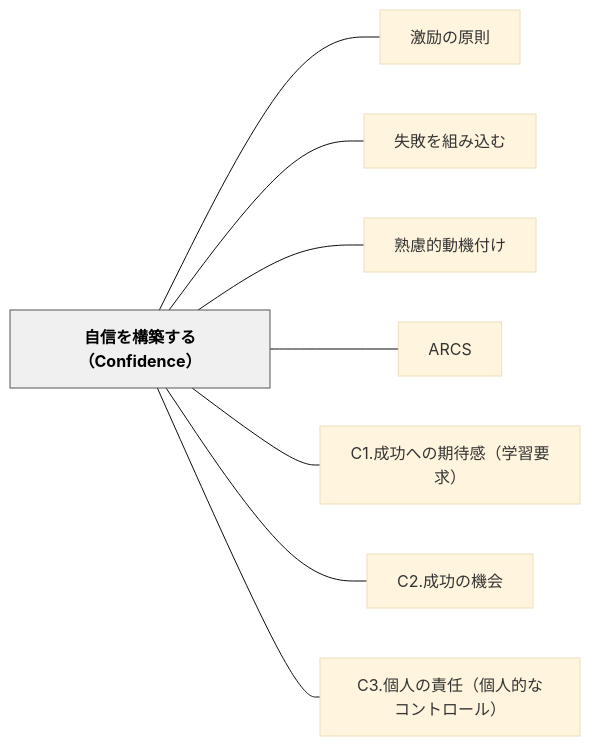
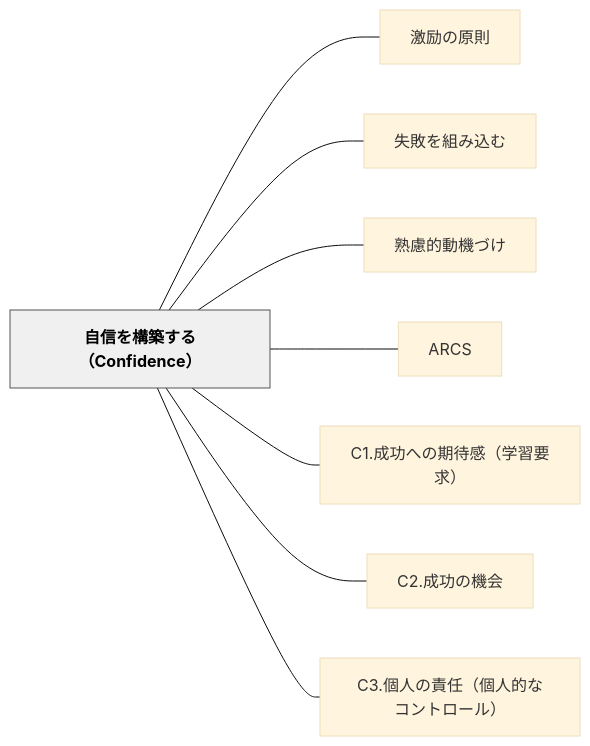
Before and after one commit to unknownthings-ed-patterns/unknownthings-ed-patterns: the diagram in content/パタン/自信を構築する（Confidence）.md, drawn with Mermaid (base theme). The commit also changed other lines of this file and 234 other files, not shown here.

````diff
--- a/content/パタン/自信を構築する（Confidence）.md
+++ b/content/パタン/自信を構築する（Confidence）.md
@@ -37,22 +37,22 @@
 ```mermaid
 flowchart LR
     ne887aae4bfa1e38292e6a78be7af89e38199e3828befbc88436f6e666964656e6365efbc89["自信を構築する（Confidence）"]
     ne6bf80e58ab1e381aee58e9fe58987["激励の原則"]
     ne5a4b1e69597e38292e7b584e381bfe8bebce38280["失敗を組み込む"]
-    ne7869fe685aee79a84e58b95e6a99fe4bb98e38191["熟慮的動機付け"]
+    ne7869fe685aee79a84e58b95e6a99fe381a5e38191["熟慮的動機づけ"]
     n41524353["ARCS"]
     n43312ee68890e58a9fe381b8e381aee69c9fe5be85e6849fefbc88e5ada6e7bf92e8a681e6b182efbc89["C1.成功への期待感（学習要求）"]
     n43322ee68890e58a9fe381aee6a99fe4bc9a["C2.成功の機会"]
     n43332ee5808be4babae381aee8b2ace4bbbbefbc88e5808be4babae79a84e381aae382b3e383b3e38388e383ade383bce383abefbc89["C3.個人の責任（個人的なコントロール）"]
 
     ne887aae4bfa1e38292e6a78be7af89e38199e3828befbc88436f6e666964656e6365efbc89 --- ne6bf80e58ab1e381aee58e9fe58987
     ne887aae4bfa1e38292e6a78be7af89e38199e3828befbc88436f6e666964656e6365efbc89 --- ne5a4b1e69597e38292e7b584e381bfe8bebce38280
-    ne887aae4bfa1e38292e6a78be7af89e38199e3828befbc88436f6e666964656e6365efbc89 --- ne7869fe685aee79a84e58b95e6a99fe4bb98e38191
+    ne887aae4bfa1e38292e6a78be7af89e38199e3828befbc88436f6e666964656e6365efbc89 --- ne7869fe685aee79a84e58b95e6a99fe381a5e38191
     ne887aae4bfa1e38292e6a78be7af89e38199e3828befbc88436f6e666964656e6365efbc89 --- n41524353
     ne887aae4bfa1e38292e6a78be7af89e38199e3828befbc88436f6e666964656e6365efbc89 --- n43312ee68890e58a9fe381b8e381aee69c9fe5be85e6849fefbc88e5ada6e7bf92e8a681e6b182efbc89
     ne887aae4bfa1e38292e6a78be7af89e38199e3828befbc88436f6e666964656e6365efbc89 --- n43322ee68890e58a9fe381aee6a99fe4bc9a
     ne887aae4bfa1e38292e6a78be7af89e38199e3828befbc88436f6e666964656e6365efbc89 --- n43332ee5808be4babae381aee8b2ace4bbbbefbc88e5808be4babae79a84e381aae382b3e383b3e38388e383ade383bce383abefbc89
 
     classDef hub fill:#f0f0f0,stroke:#555,color:#000,font-weight:bold
     class ne887aae4bfa1e38292e6a78be7af89e38199e3828befbc88436f6e666964656e6365efbc89 hub
 ```
````
